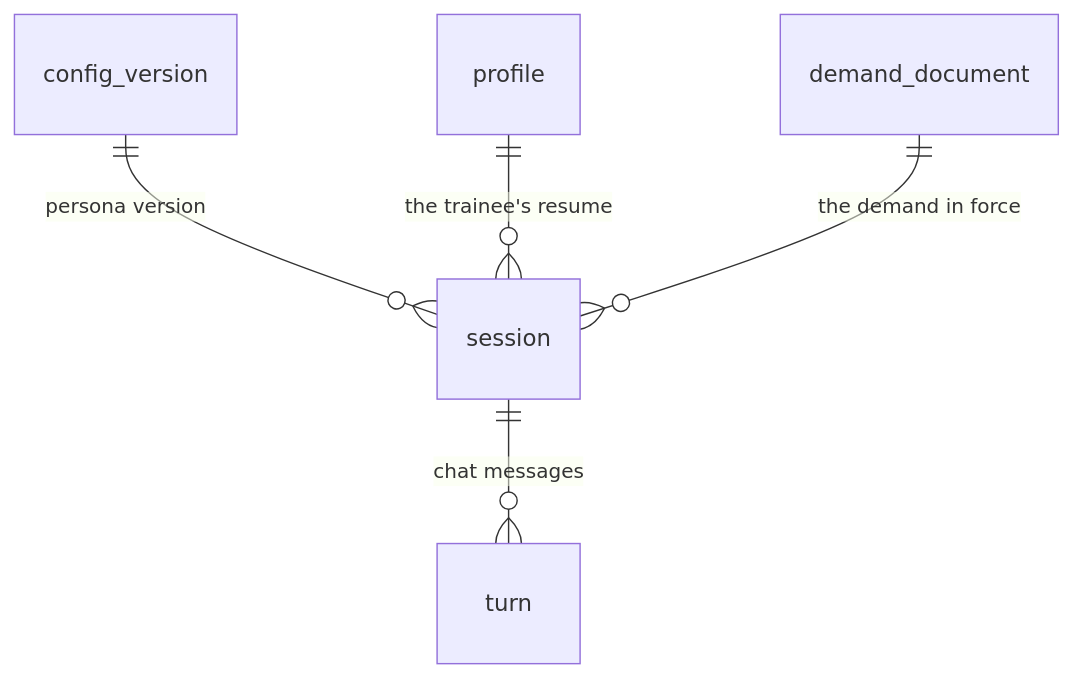
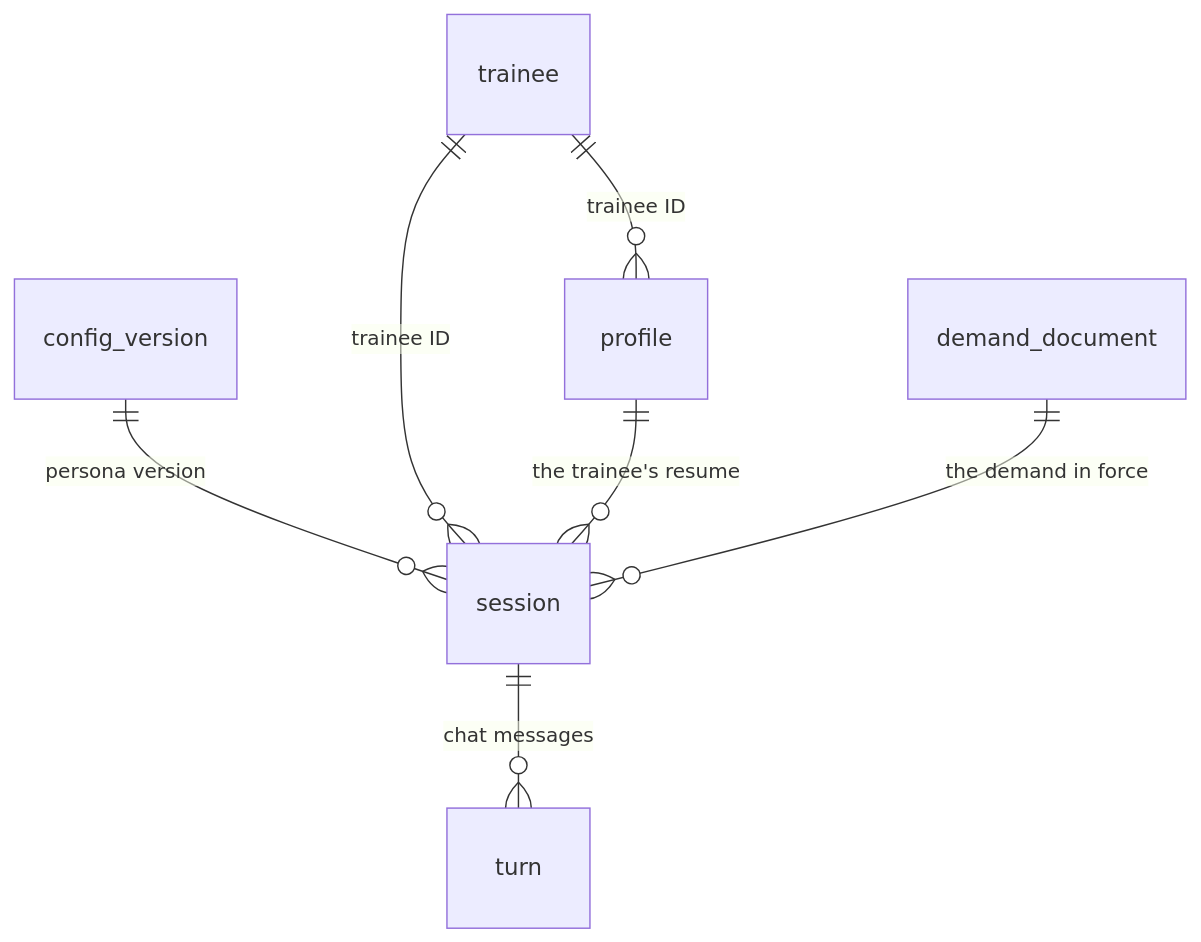
Before and after one commit to USTDevGama/Smart_Ops_Pod3: the diagram in docs/data-model.md, drawn with Mermaid. The commit also changed other lines of this file and 28 other files, not shown here.

````diff
--- a/docs/data-model.md
+++ b/docs/data-model.md
@@ -26,7 +26,9 @@
 ```mermaid
 erDiagram
   config_version ||--o{ session : "persona version"
+  trainee ||--o{ session : "trainee ID"
+  trainee ||--o{ profile : "trainee ID"
   profile ||--o{ session : "the trainee's resume"
   demand_document ||--o{ session : "the demand in force"
   session ||--o{ turn : "chat messages"
 ```
````
